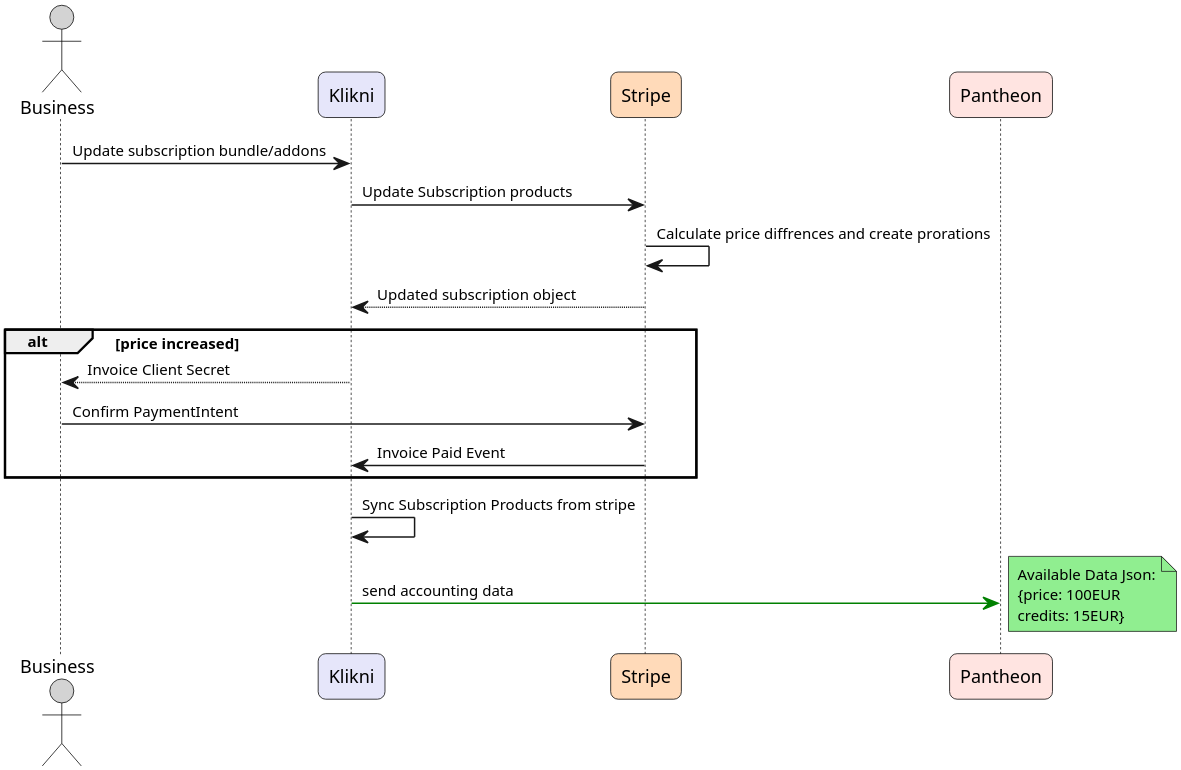
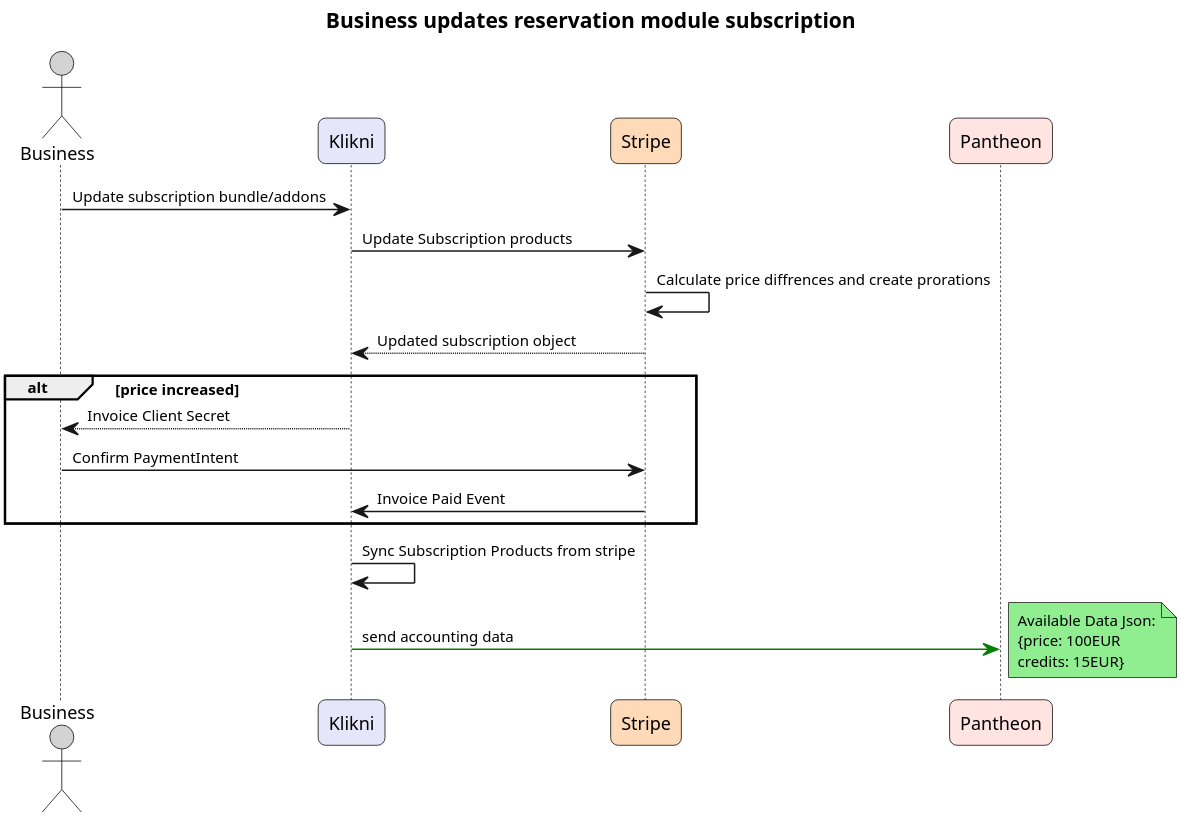
Before and after one commit to pbozic/be-analyisis: the diagram in docs/docs/diagrams/Pantheon/Reservations/UpdateSubscription.puml, drawn with PlantUML. The commit also changed 24 other files, not shown here.

```diff
--- a/docs/docs/diagrams/Pantheon/Reservations/UpdateSubscription.puml
+++ b/docs/docs/diagrams/Pantheon/Reservations/UpdateSubscription.puml
@@ -1,56 +1,57 @@
-@startuml Klikni_Sequence_Diagram
+@startuml UpdateReservationModuleSubscription
+title Business updates reservation module subscription
 ' === Page / Resolution ===
 skinparam dpi 300
 
 ' === Compact Sequence Styling ===
 skinparam defaultFontSize 10
 skinparam sequence {
     MessageSpacing 15
     ParticipantSpacing 50
 }
 
 ' === Actor / Participant Styling ===
 skinparam actor {
     FontName Arial
     FontSize 12
     BorderColor Black
     BackgroundColor #ADD8E6
     RoundCorner 10
     MinWidth 120
     MinHeight 120
 }
 
 skinparam participant {
     FontName Arial
     FontSize 12
     BorderColor Black
     RoundCorner 10
     MinWidth 140
     MinHeight 100
 }
 
 ' === Participant Colors ===
 actor Business as business #D3D3D3
 participant Klikni as klikni #E6E6FA 
 participant Stripe as stripe #FFDAB9
 participant Pantheon as pantheon #FFE4E1
 
 ' === Sequence Example ===
 business -> klikni: Update subscription bundle/addons
 klikni -> stripe: Update Subscription products
 stripe -> stripe: Calculate price diffrences and create prorations
 klikni <-- stripe: Updated subscription object
 alt price increased
     klikni --> business: Invoice Client Secret
     business -> stripe: Confirm PaymentIntent
     stripe -> klikni: Invoice Paid Event
 end
 klikni -> klikni: Sync Subscription Products from stripe
 klikni -[#green]> pantheon: send accounting data
 note right #LightGreen 
 Available Data Json:
 {price: 100EUR
 credits: 15EUR}
 end note
 
 @enduml
```
